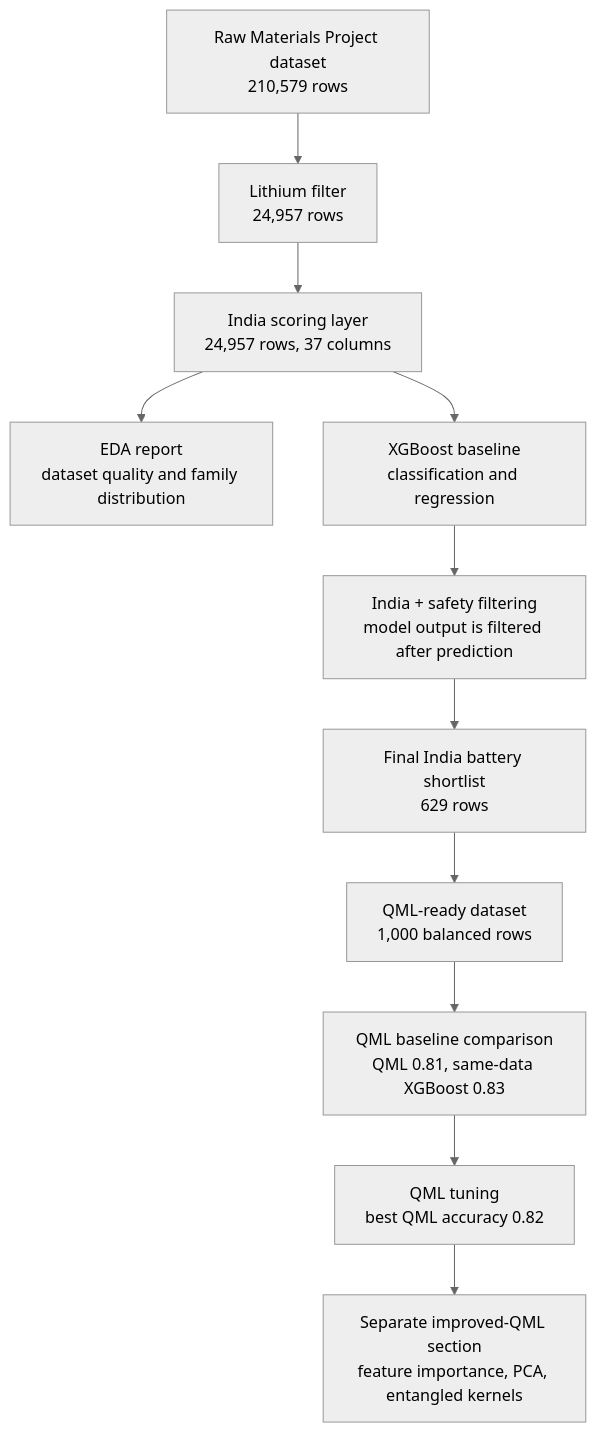
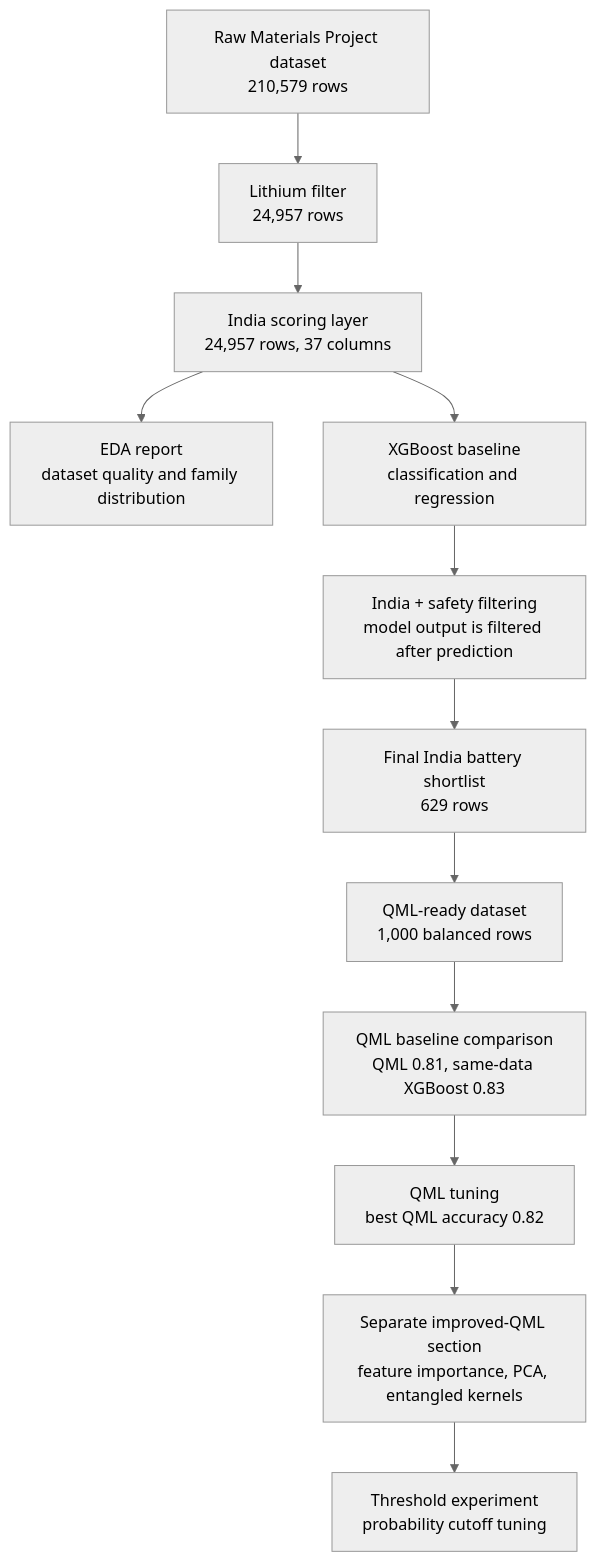
Before and after one commit to lifeknife10A/hybrid-quantum-battery-stability-prediction: the diagram in Summer Vacation/data/metadata/project_pipeline_summary.md, drawn with Mermaid (neutral theme). The commit also changed other lines of this file and 8 other files, not shown here.

Commit message:
Add improved QML threshold experiment

````diff
--- a/Summer Vacation/data/metadata/project_pipeline_summary.md
+++ b/Summer Vacation/data/metadata/project_pipeline_summary.md
@@ -36,13 +36,14 @@
 ```mermaid
 flowchart TD
     A["Raw Materials Project dataset<br/>210,579 rows"] --> B["Lithium filter<br/>24,957 rows"]
     B --> C["India scoring layer<br/>24,957 rows, 37 columns"]
     C --> D["EDA report<br/>dataset quality and family distribution"]
     C --> E["XGBoost baseline<br/>classification and regression"]
     E --> F["India + safety filtering<br/>model output is filtered after prediction"]
     F --> G["Final India battery shortlist<br/>629 rows"]
     G --> H["QML-ready dataset<br/>1,000 balanced rows"]
     H --> I["QML baseline comparison<br/>QML 0.81, same-data XGBoost 0.83"]
     I --> J["QML tuning<br/>best QML accuracy 0.82"]
     J --> K["Separate improved-QML section<br/>feature importance, PCA, entangled kernels"]
+    K --> L["Threshold experiment<br/>probability cutoff tuning"]
 ```
````
